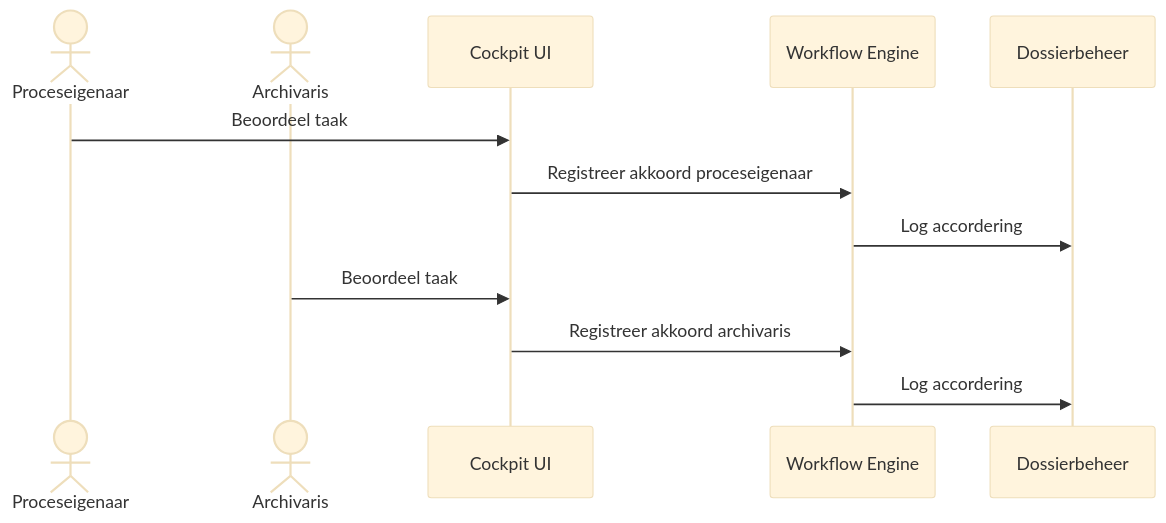
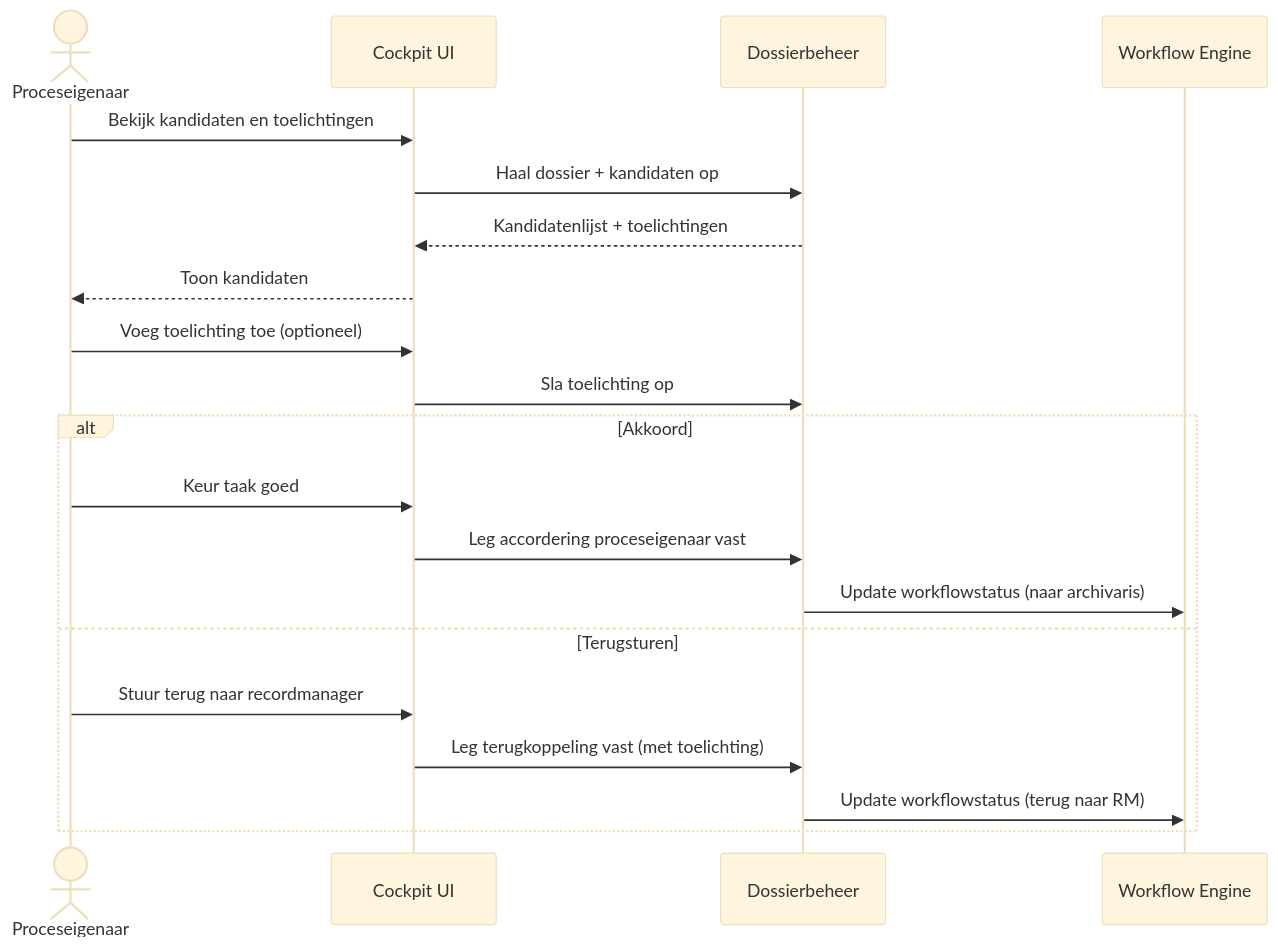
One commit to GemeenteArnhem/Vernietigingscockpit changed the fourth of 11 diagrams in architectuur/sequence-diagrammen.md. Above: the diagram before and after it, drawn with Mermaid (base theme). The commit also changed other lines of this file and 10 other files, not shown here.

````diff
--- a/architectuur/sequence-diagrammen.md
+++ b/architectuur/sequence-diagrammen.md
@@ -82,16 +97,25 @@
 ```mermaid
 sequenceDiagram
     actor PO as Proceseigenaar
-    actor AR as Archivaris
     participant UI as Cockpit UI
+    participant D as Dossierbeheer
     participant WF as Workflow Engine
-    participant D as Dossierbeheer
 
-    PO ->> UI: Beoordeel taak
-    UI ->> WF: Registreer akkoord proceseigenaar
-    WF ->> D: Log accordering
+    PO ->> UI: Bekijk kandidaten en toelichtingen
+    UI ->> D: Haal dossier + kandidaten op
+    D -->> UI: Kandidatenlijst + toelichtingen
+    UI -->> PO: Toon kandidaten
 
-    AR ->> UI: Beoordeel taak
-    UI ->> WF: Registreer akkoord archivaris
-    WF ->> D: Log accordering
+    PO ->> UI: Voeg toelichting toe (optioneel)
+    UI ->> D: Sla toelichting op
+
+    alt Akkoord
+        PO ->> UI: Keur taak goed
+        UI ->> D: Leg accordering proceseigenaar vast
+        D ->> WF: Update workflowstatus (naar archivaris)
+    else Terugsturen
+        PO ->> UI: Stuur terug naar recordmanager
+        UI ->> D: Leg terugkoppeling vast (met toelichting)
+        D ->> WF: Update workflowstatus (terug naar RM)
+    end
 ```
````
